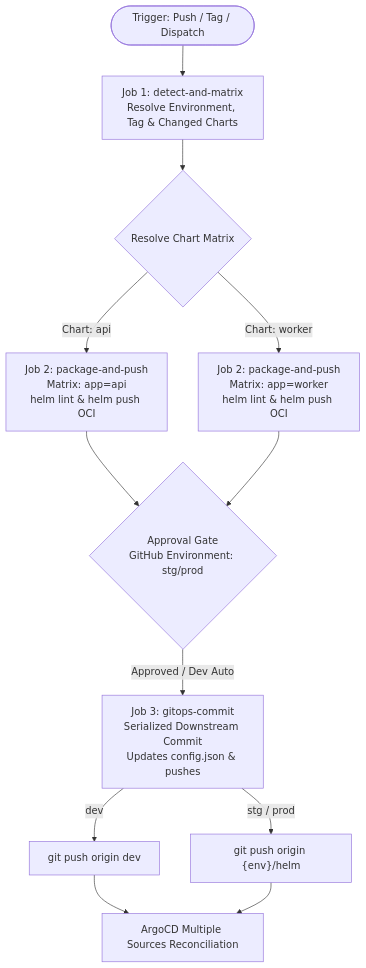
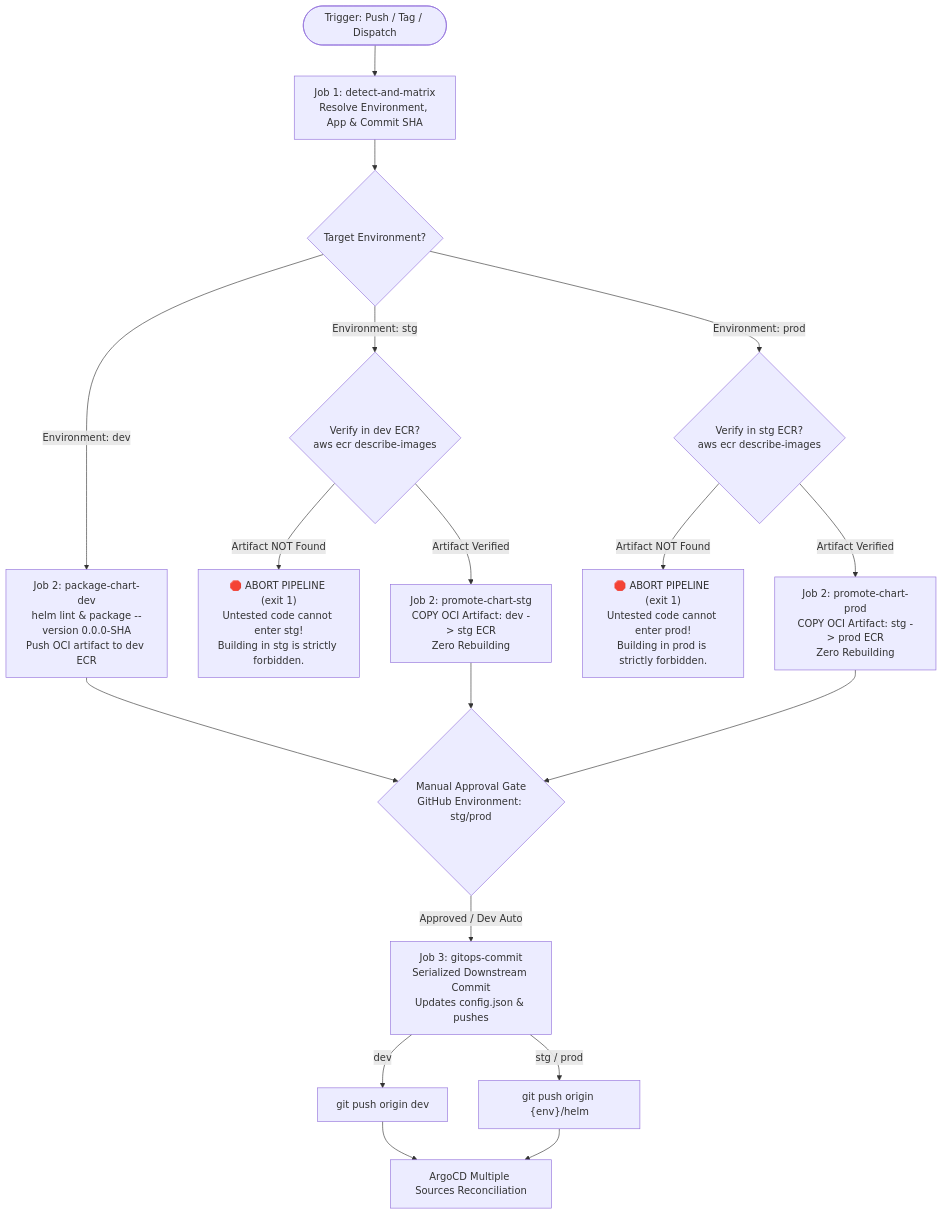
Before and after one commit to parth9218/Document-Intelligence-Platform: the diagram in tasks/phase-05-cicd/task-506-helm-cicd-pipeline.md, drawn with Mermaid. The commit also changed other lines of this file and 1 other file, not shown here.

Commit message:
fix(docs): corrected the description to promote the helm charts without building them again on higher environments

````diff
--- a/tasks/phase-05-cicd/task-506-helm-cicd-pipeline.md
+++ b/tasks/phase-05-cicd/task-506-helm-cicd-pipeline.md
@@ -62,19 +66,31 @@
 ```mermaid
 flowchart TD
-    Start(["Trigger: Push / Tag / Dispatch"]) --> Detect["Job 1: detect-and-matrix<br/>Resolve Environment, Tag & Changed Charts"]
+    Start(["Trigger: Push / Tag / Dispatch"]) --> Detect["Job 1: detect-and-matrix<br/>Resolve Environment, App & Commit SHA"]
     
-    Detect --> MatrixCheck{"Resolve Chart Matrix"}
-    MatrixCheck -->|"Chart: api"| PackageAPI["Job 2: package-and-push<br/>Matrix: app=api<br/>helm lint & helm push OCI"]
-    MatrixCheck -->|"Chart: worker"| PackageWorker["Job 2: package-and-push<br/>Matrix: app=worker<br/>helm lint & helm push OCI"]
+    Detect --> EnvCheck{"Target Environment?"}
     
-    PackageAPI --> Gate{"Approval Gate<br/>GitHub Environment: stg/prod"}
-    PackageWorker --> Gate
+    %% Dev Branch Packaging (Build Once)
+    EnvCheck -->|"Environment: dev"| DevPackage["Job 2: package-chart-dev<br/>helm lint & package --version 0.0.0-SHA<br/>Push OCI artifact to dev ECR"]
+    
+    %% Staging Promotion (Strict Copy Only)
+    EnvCheck -->|"Environment: stg"| StgVerify{"Verify in dev ECR?<br/>aws ecr describe-images"}
+    StgVerify -->|"Artifact NOT Found"| FailStg["🛑 ABORT PIPELINE (exit 1)<br/>Untested code cannot enter stg!<br/>Building in stg is strictly forbidden."]
+    StgVerify -->|"Artifact Verified"| StgCopy["Job 2: promote-chart-stg<br/>COPY OCI Artifact: dev -> stg ECR<br/>Zero Rebuilding"]
+    
+    %% Production Promotion (Strict Copy Only)
+    EnvCheck -->|"Environment: prod"| ProdVerify{"Verify in stg ECR?<br/>aws ecr describe-images"}
+    ProdVerify -->|"Artifact NOT Found"| FailProd["🛑 ABORT PIPELINE (exit 1)<br/>Untested code cannot enter prod!<br/>Building in prod is strictly forbidden."]
+    ProdVerify -->|"Artifact Verified"| ProdCopy["Job 2: promote-chart-prod<br/>COPY OCI Artifact: stg -> prod ECR<br/>Zero Rebuilding"]
+    
+    DevPackage --> Gate{"Manual Approval Gate<br/>GitHub Environment: stg/prod"}
+    StgCopy --> Gate
+    ProdCopy --> Gate
     
     Gate -->|"Approved / Dev Auto"| GitOps["Job 3: gitops-commit<br/>Serialized Downstream Commit<br/>Updates config.json & pushes"]
     
     GitOps -->|"dev"| PushDev["git push origin dev"]
     GitOps -->|"stg / prod"| PushRelease["git push origin {env}/helm"]
     
     PushDev --> Argo["ArgoCD Multiple Sources Reconciliation"]
     PushRelease --> Argo
 ```
````
